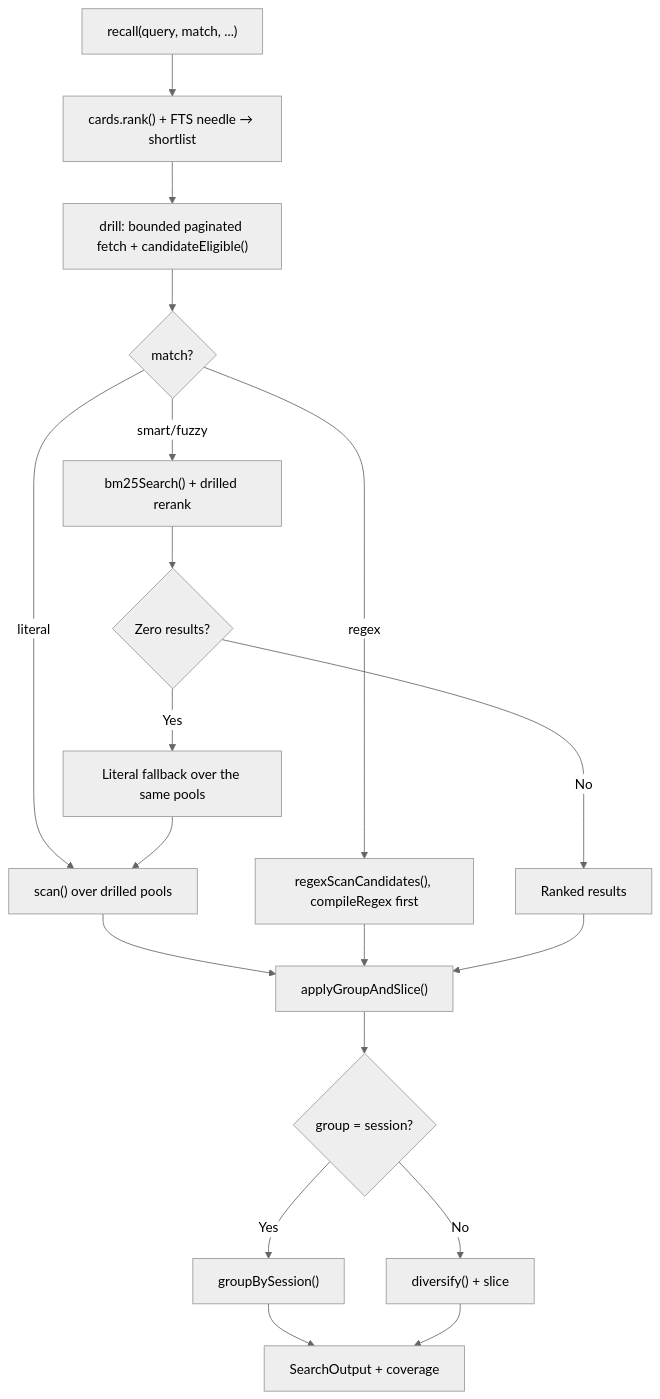
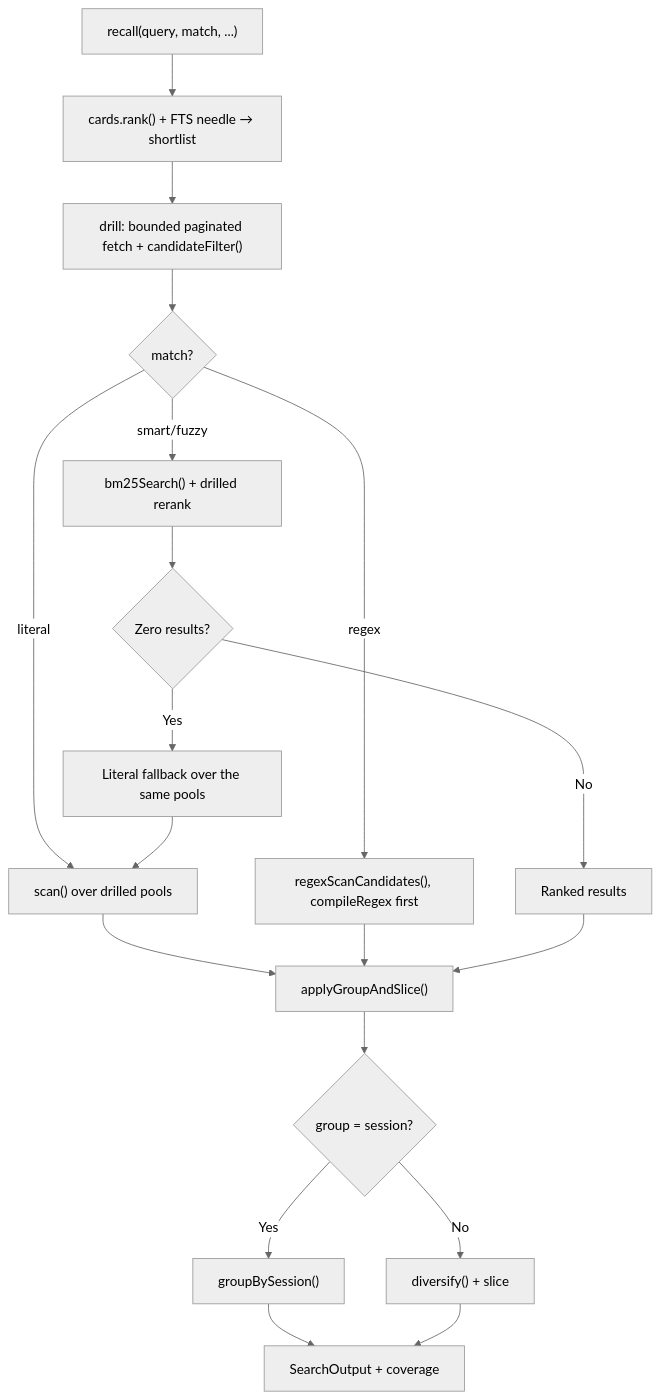
The second of 5 diagrams in CONTRIBUTING.md (rmk40/opencode-session-recall), drawn with Mermaid (neutral theme) before and after one commit. The commit also changed other lines of this file and 7 other files, not shown here.

````diff
--- a/CONTRIBUTING.md
+++ b/CONTRIBUTING.md
@@ -158,26 +158,26 @@
 ```mermaid
 flowchart TB
     Start["recall(query, match, ...)"] --> Rank["cards.rank() + FTS needle → shortlist"]
-    Rank --> Drill["drill: bounded paginated fetch + candidateEligible()"]
+    Rank --> Drill["drill: bounded paginated fetch + candidateFilter()"]
     Drill --> Guard{"match?"}
 
     Guard -->|literal| Literal["scan() over drilled pools"]
     Guard -->|regex| Regex["regexScanCandidates(), compileRegex first"]
     Guard -->|smart/fuzzy| Smart["bm25Search() + drilled rerank"]
 
     Smart --> FallbackCheck{"Zero results?"}
     FallbackCheck -->|Yes| Fallback["Literal fallback over the same pools"]
     FallbackCheck -->|No| Ranked["Ranked results"]
     Fallback --> Literal
 
     Literal --> GroupSlice["applyGroupAndSlice()"]
     Regex --> GroupSlice
     Ranked --> GroupSlice
 
     GroupSlice --> GroupCheck{"group = session?"}
     GroupCheck -->|Yes| Group["groupBySession()"]
     GroupCheck -->|No| Diversify["diversify() + slice"]
 
     Group --> Out["SearchOutput + coverage"]
     Diversify --> Out
 ```
````
